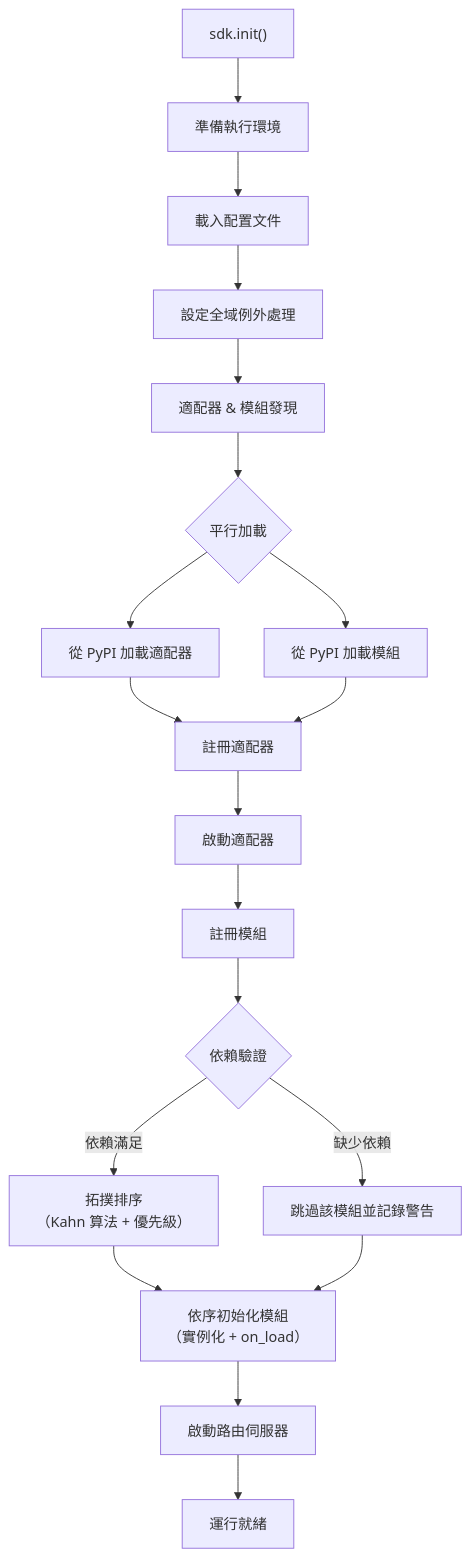
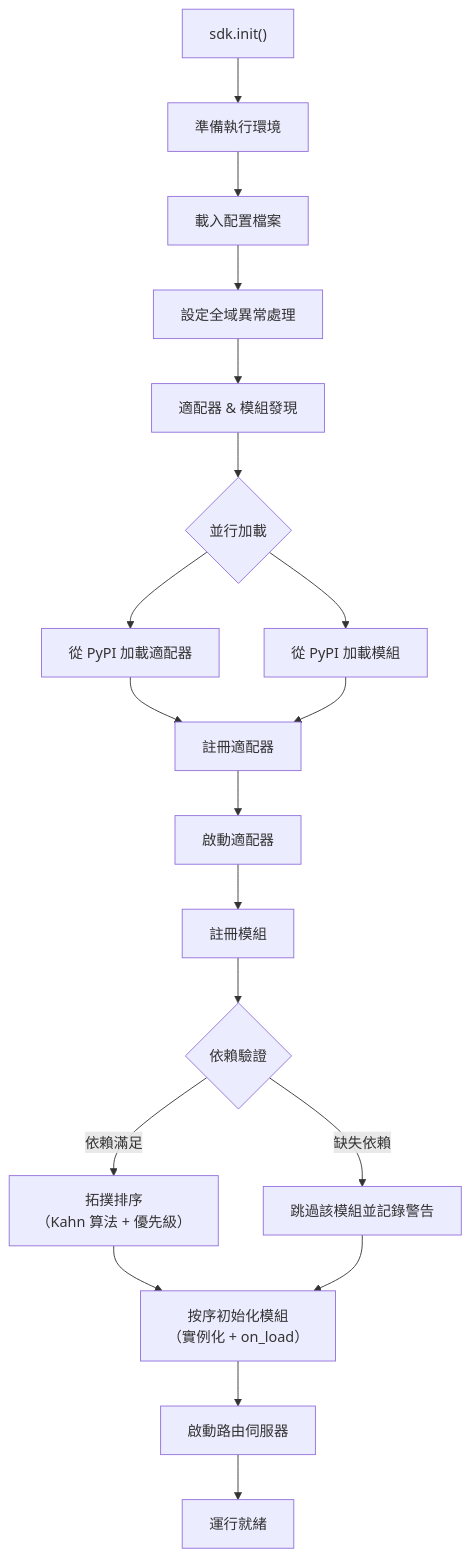
The second of 9 diagrams in docs/zh-TW/architecture.md (ErisPulse/ErisPulse), drawn with Mermaid before and after one commit. The commit also changed other lines of this file and 79 other files, not shown here.

````diff
--- a/docs/zh-TW/architecture.md
+++ b/docs/zh-TW/architecture.md
@@ -59,20 +59,20 @@
 ```mermaid
 flowchart TD
     A["sdk.init()"] --> B["準備執行環境"]
-    B --> B1["載入配置文件"]
-    B1 --> B2["設定全域例外處理"]
+    B --> B1["載入配置檔案"]
+    B1 --> B2["設定全域異常處理"]
     B2 --> C["適配器 & 模組發現"]
-    C --> D{"平行加載"}
+    C --> D{"並行加載"}
     D --> D1["從 PyPI 加載適配器"]
     D --> D2["從 PyPI 加載模組"]
     D1 & D2 --> E["註冊適配器"]
     E --> E1["啟動適配器"]
     E1 --> F["註冊模組"]
     F --> F1{"依賴驗證"}
-    F1 -->|"缺少依賴"| F2["跳過該模組並記錄警告"]
+    F1 -->|"缺失依賴"| F2["跳過該模組並記錄警告"]
     F1 -->|"依賴滿足"| F3["拓撲排序<br/>（Kahn 算法 + 優先級）"]
-    F3 --> G["依序初始化模組<br/>（實例化 + on_load）"]
+    F3 --> G["按序初始化模組<br/>（實例化 + on_load）"]
     F2 --> G
     G --> H["啟動路由伺服器"]
     H --> K["運行就緒"]
 ```
````
